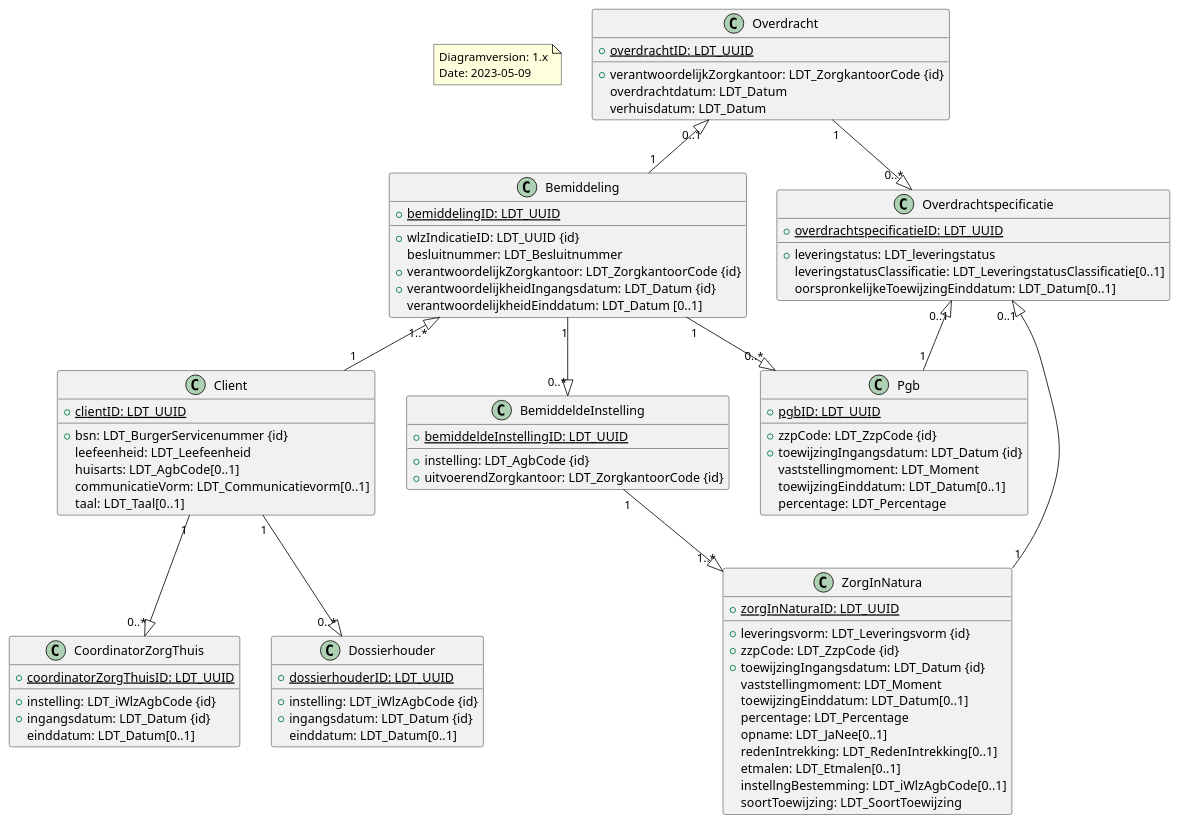
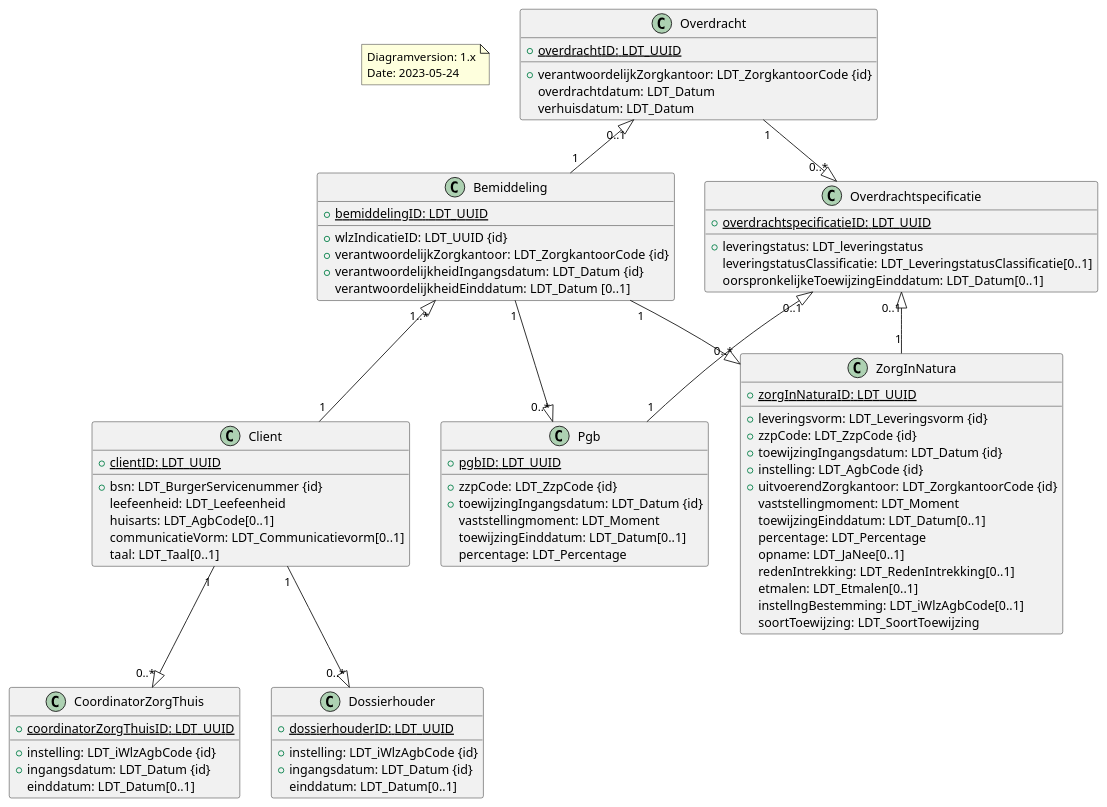
Before and after one commit to iStandaarden/iWlz-bemiddeling: the diagram in erd/erd_bemiddelingsregister.puml, drawn with PlantUML. The commit also changed 2 other files, not shown here.

```diff
--- a/erd/erd_bemiddelingsregister.puml
+++ b/erd/erd_bemiddelingsregister.puml
@@ -1,104 +1,97 @@
 @startuml 
 
 note as Versioning
     Diagramversion: 1.x
-    Date: 2023-05-09
+    Date: 2023-05-24
 end note
 
 class Client {
     +{static}clientID: LDT_UUID
     __
     +bsn: LDT_BurgerServicenummer {id}
     leefeenheid: LDT_Leefeenheid
     huisarts: LDT_AgbCode[0..1]
     communicatieVorm: LDT_Communicatievorm[0..1]
     taal: LDT_Taal[0..1]
     }
 
 class Bemiddeling {
     +{static}bemiddelingID: LDT_UUID
     __
     +wlzIndicatieID: LDT_UUID {id}
-    besluitnummer: LDT_Besluitnummer
     +verantwoordelijkZorgkantoor: LDT_ZorgkantoorCode {id}
     +verantwoordelijkheidIngangsdatum: LDT_Datum {id}
     verantwoordelijkheidEinddatum: LDT_Datum [0..1]
-}
-
-class BemiddeldeInstelling {
-    +{static}bemiddeldeInstellingID: LDT_UUID
-    __
-    +instelling: LDT_AgbCode {id}
-    +uitvoerendZorgkantoor: LDT_ZorgkantoorCode {id}
 }
 
 class ZorgInNatura {
     +{static}zorgInNaturaID: LDT_UUID
     __
     +leveringsvorm: LDT_Leveringsvorm {id}
     +zzpCode: LDT_ZzpCode {id}
     +toewijzingIngangsdatum: LDT_Datum {id}
+    +instelling: LDT_AgbCode {id}
+    +uitvoerendZorgkantoor: LDT_ZorgkantoorCode {id}
     vaststellingmoment: LDT_Moment
     toewijzingEinddatum: LDT_Datum[0..1]
     percentage: LDT_Percentage
     opname: LDT_JaNee[0..1] 
     redenIntrekking: LDT_RedenIntrekking[0..1]
     etmalen: LDT_Etmalen[0..1]
     instellngBestemming: LDT_iWlzAgbCode[0..1]
     soortToewijzing: LDT_SoortToewijzing
 }
 
 class Pgb {
     +{static}pgbID: LDT_UUID
     __
     +zzpCode: LDT_ZzpCode {id}
     +toewijzingIngangsdatum: LDT_Datum {id}
     vaststellingmoment: LDT_Moment
     toewijzingEinddatum: LDT_Datum[0..1]
     percentage: LDT_Percentage
 }
 
 class CoordinatorZorgThuis {
     +{static}coordinatorZorgThuisID: LDT_UUID
     __
     +instelling: LDT_iWlzAgbCode {id}
     +ingangsdatum: LDT_Datum {id}
     einddatum: LDT_Datum[0..1]
 }
 
 class Dossierhouder {
     +{static}dossierhouderID: LDT_UUID
     __
     +instelling: LDT_iWlzAgbCode {id}
     +ingangsdatum: LDT_Datum {id}
     einddatum: LDT_Datum[0..1]
 }
 
 class Overdracht {
     +{static}overdrachtID: LDT_UUID
     __
     +verantwoordelijkZorgkantoor: LDT_ZorgkantoorCode {id}
     overdrachtdatum: LDT_Datum
     verhuisdatum: LDT_Datum
 }
 
 class Overdrachtspecificatie {
     +{static}overdrachtspecificatieID: LDT_UUID
     __
     +leveringstatus: LDT_leveringstatus
     leveringstatusClassificatie: LDT_LeveringstatusClassificatie[0..1]
     oorspronkelijkeToewijzingEinddatum: LDT_Datum[0..1]
 }
 
 Bemiddeling "1..*" <|-- "1" Client
-Bemiddeling "1" --|> "0..*" BemiddeldeInstelling
+Bemiddeling "1" --|> "0..*" ZorgInNatura
 Bemiddeling "1" --|> "0..*" Pgb
-BemiddeldeInstelling "1" --|> "1..*" ZorgInNatura
 Overdracht "0..1" <|-- "1" Bemiddeling
 Overdracht "1" --|> "0..*" Overdrachtspecificatie
 Overdrachtspecificatie "0..1" <|-- "1" Pgb
 Overdrachtspecificatie "0..1" <|-- "1" ZorgInNatura
 Client "1" --|> "0..*" Dossierhouder
 Client "1" --|> "0..*" CoordinatorZorgThuis
 
 @enduml
```
